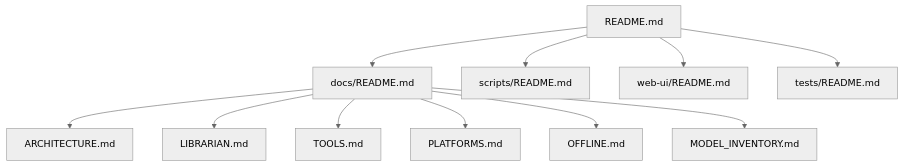
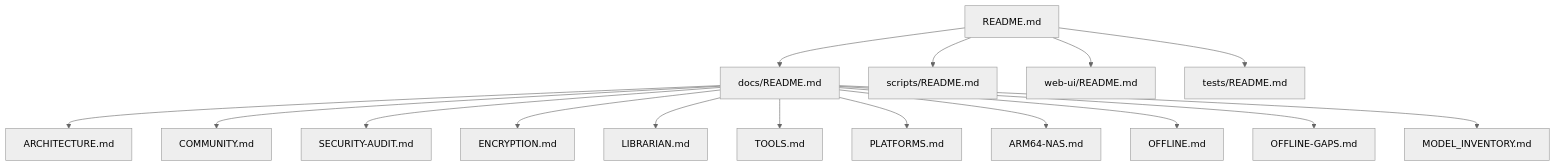
One commit to mvalancy/val-ark changed the diagram in docs/README.md. Above: the diagram before and after it, drawn with Mermaid (neutral theme). The commit also changed other lines of this file and 12 other files, not shown here.

````diff
--- a/docs/README.md
+++ b/docs/README.md
@@ -9,14 +9,19 @@
 ```mermaid
 graph TD
     ROOT[README.md] --> DOCS[docs/README.md]
     ROOT --> SCRIPTS[scripts/README.md]
     ROOT --> WEBUI[web-ui/README.md]
     ROOT --> TESTS[tests/README.md]
 
     DOCS --> ARCH[ARCHITECTURE.md]
+    DOCS --> COMM[COMMUNITY.md]
+    DOCS --> SEC[SECURITY-AUDIT.md]
+    DOCS --> ENC[ENCRYPTION.md]
     DOCS --> LIB[LIBRARIAN.md]
     DOCS --> TOOLS[TOOLS.md]
     DOCS --> PLAT[PLATFORMS.md]
+    DOCS --> NAS[ARM64-NAS.md]
     DOCS --> OFFLINE[OFFLINE.md]
+    DOCS --> GAPS[OFFLINE-GAPS.md]
     DOCS --> MODEL[MODEL_INVENTORY.md]
 ```
````
